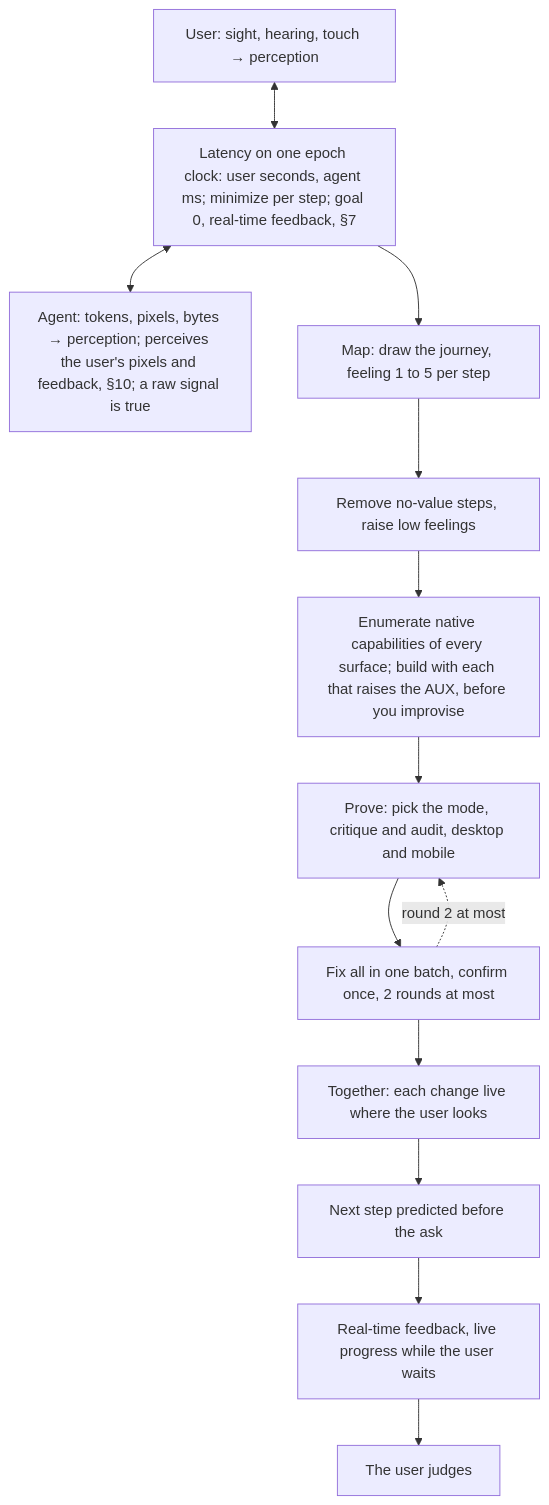
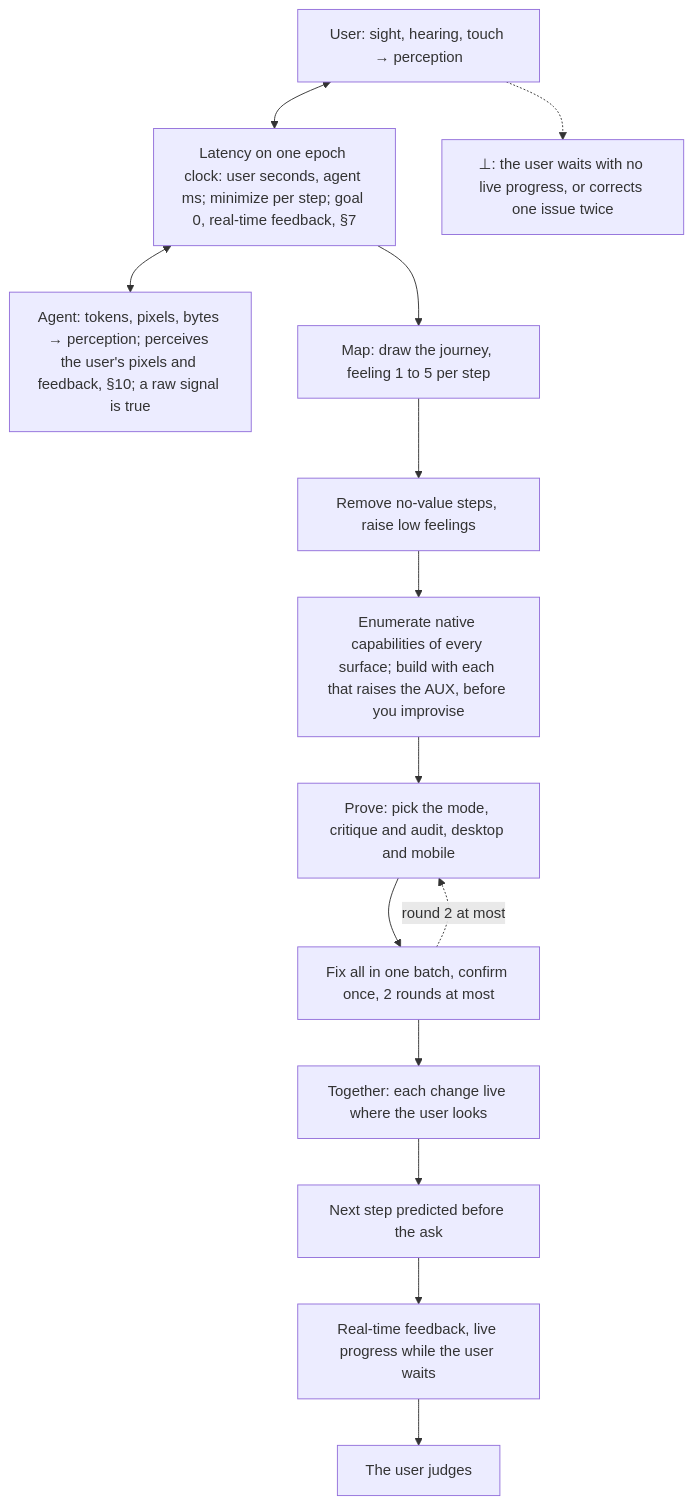
The third of 14 diagrams in AGENTS.md (SolenixAI/arbiter), drawn with Mermaid before and after one commit. The commit also changed other lines of this file, not shown here.

````diff
--- a/AGENTS.md
+++ b/AGENTS.md
@@ -149,14 +158,15 @@
 ```mermaid
 flowchart TD
   US["User: sight, hearing, touch → perception"] <--> LT["Latency on one epoch clock: user seconds, agent ms; minimize per step; goal 0, real-time feedback, §7"] <--> AG["Agent: tokens, pixels, bytes → perception; perceives the user's pixels and feedback, §10; a raw signal is true"]
   LT --> M
   M["Map: draw the journey, feeling 1 to 5 per step"] --> R["Remove no-value steps, raise low feelings"]
   R --> B["Enumerate native capabilities of every surface; build with each that raises the AUX, before you improvise"]
   B --> P["Prove: pick the mode, critique and audit, desktop and mobile"]
   P --> F["Fix all in one batch, confirm once, 2 rounds at most"]
   F -.->|round 2 at most| P
   F --> T["Together: each change live where the user looks"]
   T --> N["Next step predicted before the ask"]
   N --> RT["Real-time feedback, live progress while the user waits"]
   RT --> J["The user judges"]
+  US -.-> BOT["⊥: the user waits with no live progress, or corrects one issue twice"]
 ```
````
